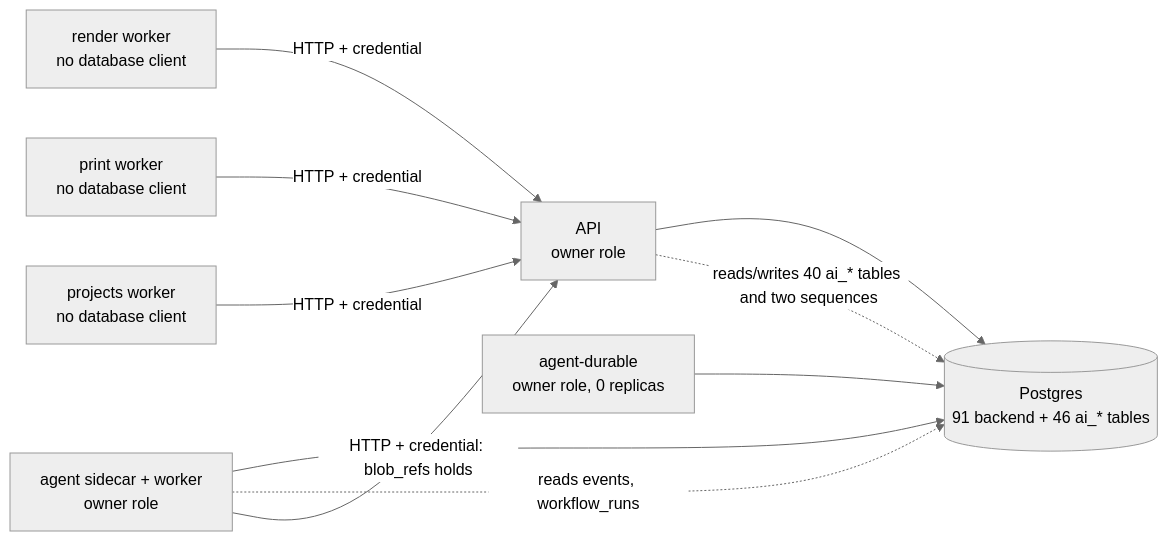
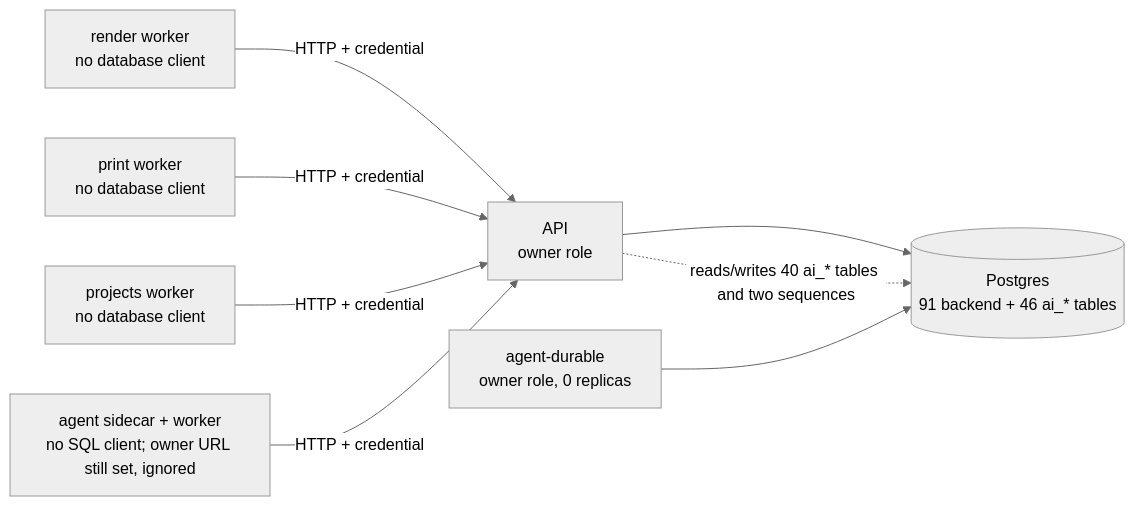
The first of 2 diagrams in docs/security/trust-boundaries.md (eh-homelab/ScadBuddy), drawn with Mermaid (neutral theme) before and after one commit. The commit also changed other lines of this file and 8 other files, not shown here.

First line of the commit message:
docs: the agent notes and operator docs describe an agent with no SQL client and no KEK (#5299)

````diff
--- a/docs/security/trust-boundaries.md
+++ b/docs/security/trust-boundaries.md
@@ -274,12 +282,10 @@
 ```mermaid
 flowchart LR
   API[API<br/>owner role] --> DB[(Postgres<br/>91 backend + 46 ai_* tables)]
   R[render worker<br/>no database client] -- HTTP + credential --> API
   P[print worker<br/>no database client] -- HTTP + credential --> API
   J[projects worker<br/>no database client] -- HTTP + credential --> API
-  A[agent sidecar + worker<br/>owner role] --> DB
+  A[agent sidecar + worker<br/>no SQL client; owner URL still set, ignored] -- HTTP + credential --> API
   D[agent-durable<br/>owner role, 0 replicas] --> DB
   API -.reads/writes 40 ai_* tables and two sequences.-> DB
-  A -.reads events, workflow_runs.-> DB
-  A -- HTTP + credential: blob_refs holds --> API
 ```
````
